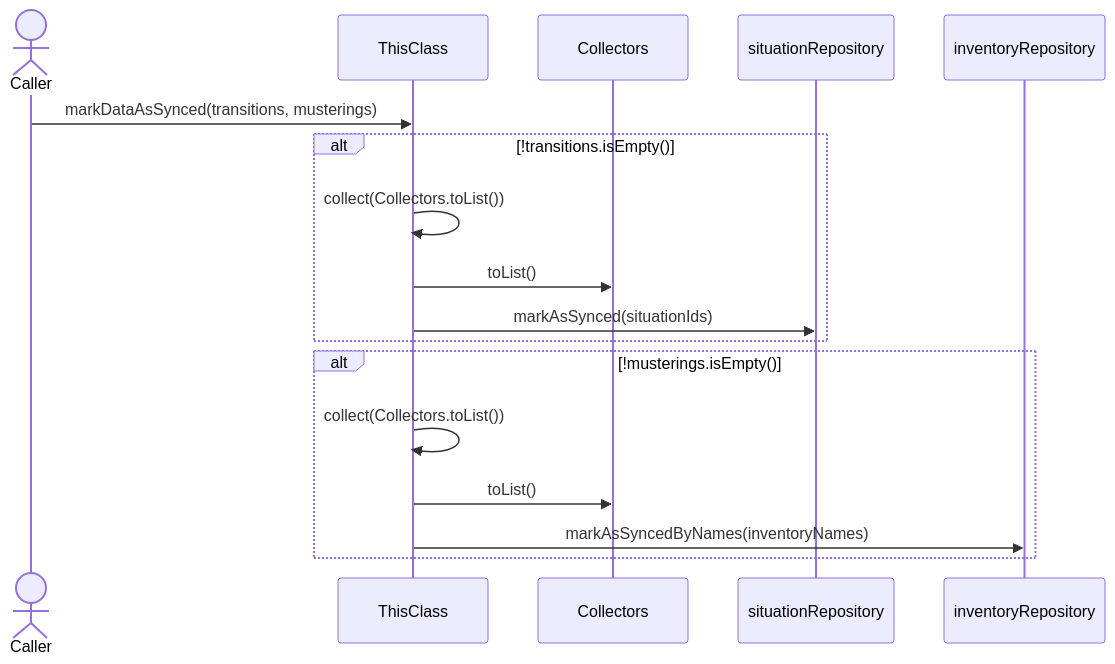
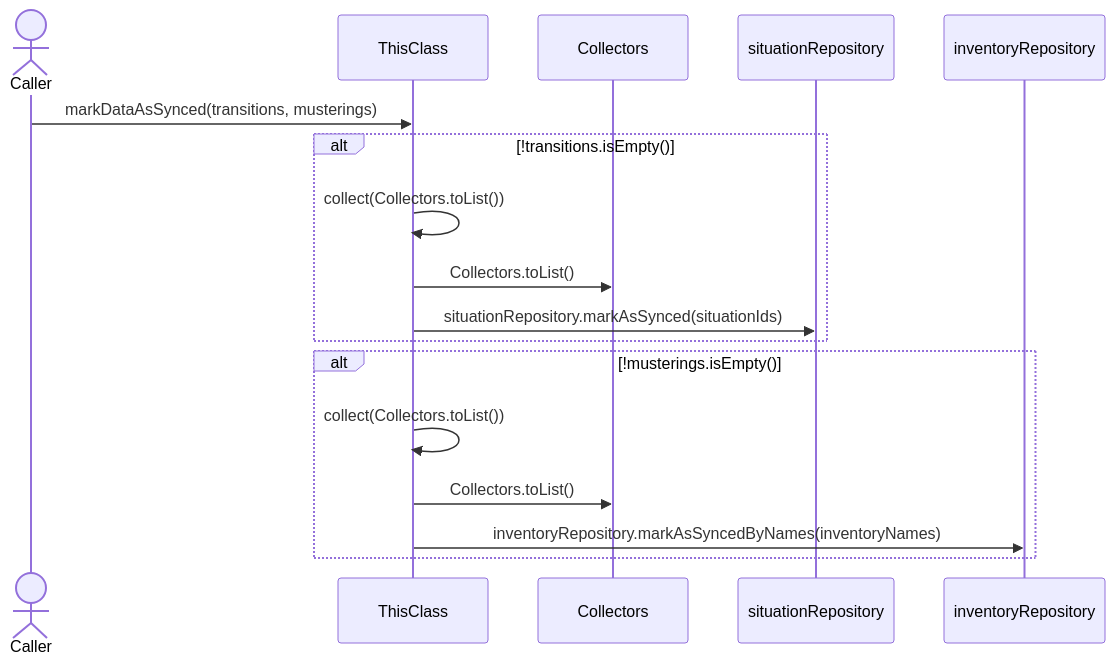
Diagram 16 of 16 in docs/CloudSyncUploadService.md (FelipeMCassiano/geanky), drawn with Mermaid before and after one commit. The commit also changed other lines of this file and 6 other files, not shown here.

````diff
--- a/docs/CloudSyncUploadService.md
+++ b/docs/CloudSyncUploadService.md
@@ -1099,21 +1099,21 @@
 ```mermaid
 sequenceDiagram
     actor Caller
     participant ThisClass
     participant Collectors
     participant situationRepository
     participant inventoryRepository
 
     Caller->>ThisClass: markDataAsSynced(transitions, musterings)
     alt !transitions.isEmpty()
     ThisClass->>ThisClass: collect(Collectors.toList())
-    ThisClass->>Collectors: toList()
-    ThisClass->>situationRepository: markAsSynced(situationIds)
+    ThisClass->>Collectors: Collectors.toList()
+    ThisClass->>situationRepository: situationRepository.markAsSynced(situationIds)
     end
     alt !musterings.isEmpty()
     ThisClass->>ThisClass: collect(Collectors.toList())
-    ThisClass->>Collectors: toList()
-    ThisClass->>inventoryRepository: markAsSyncedByNames(inventoryNames)
+    ThisClass->>Collectors: Collectors.toList()
+    ThisClass->>inventoryRepository: inventoryRepository.markAsSyncedByNames(inventoryNames)
     end
 
 ```
````
